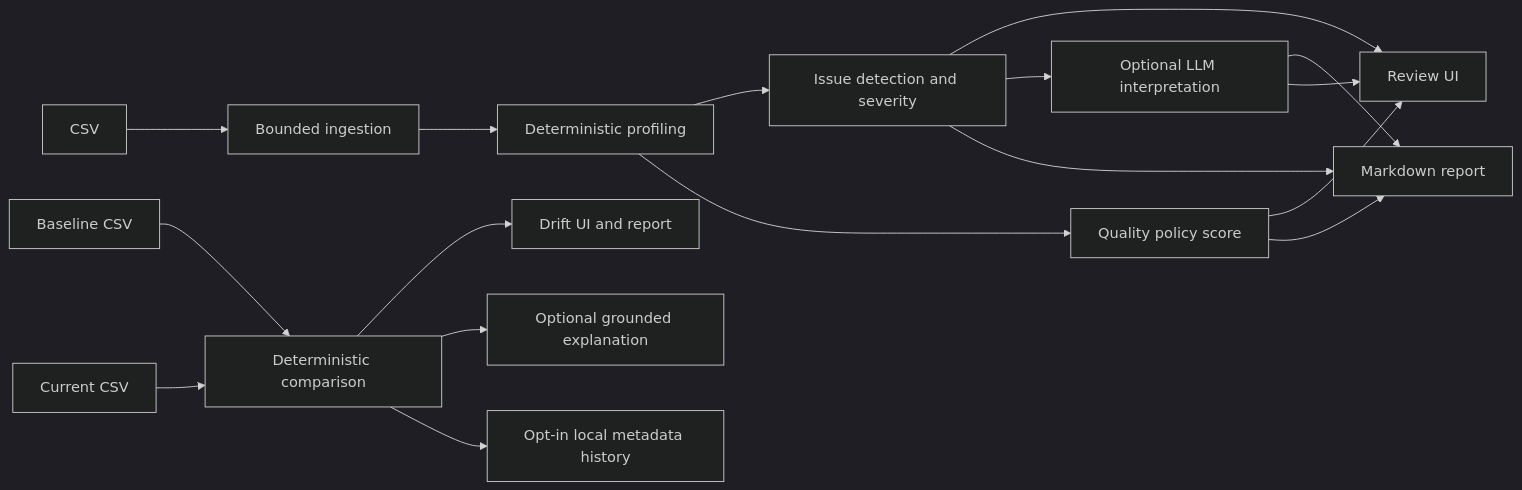
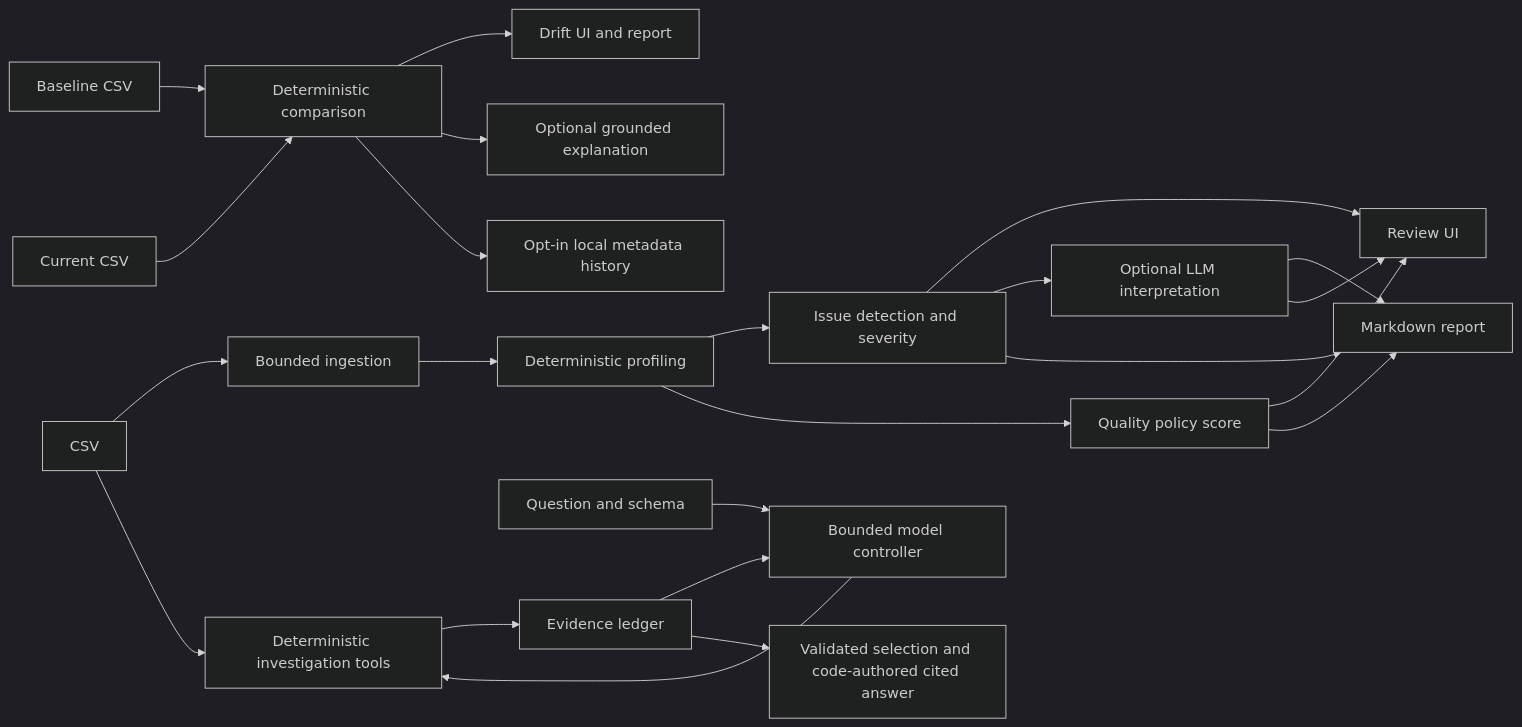
Before and after one commit to kaimouren/analysis_tool: the diagram in README.md, drawn with Mermaid (dark theme). The commit also changed other lines of this file and 8 other files, not shown here.

````diff
--- a/README.md
+++ b/README.md
@@ -61,19 +69,25 @@
 ```mermaid
 flowchart LR
     CSV[CSV] --> Ingestion[Bounded ingestion]
     Ingestion --> Profile[Deterministic profiling]
     Profile --> Findings[Issue detection and severity]
     Profile --> Score[Quality policy score]
     Findings --> UI[Review UI]
     Score --> UI
     Findings --> Optional[Optional LLM interpretation]
     Findings --> Report[Markdown report]
     Score --> Report
     Optional --> Report
     Optional --> UI
     Baseline[Baseline CSV] --> Comparison[Deterministic comparison]
     Current[Current CSV] --> Comparison
     Comparison --> DriftUI[Drift UI and report]
     Comparison --> DriftLLM[Optional grounded explanation]
     Comparison --> History[Opt-in local metadata history]
+    CSV --> AgentTools[Deterministic investigation tools]
+    Question[Question and schema] --> Agent[Bounded model controller]
+    Agent --> AgentTools
+    AgentTools --> Ledger[Evidence ledger]
+    Ledger --> Agent
+    Ledger --> Cited[Validated selection and code-authored cited answer]
 ```
````
